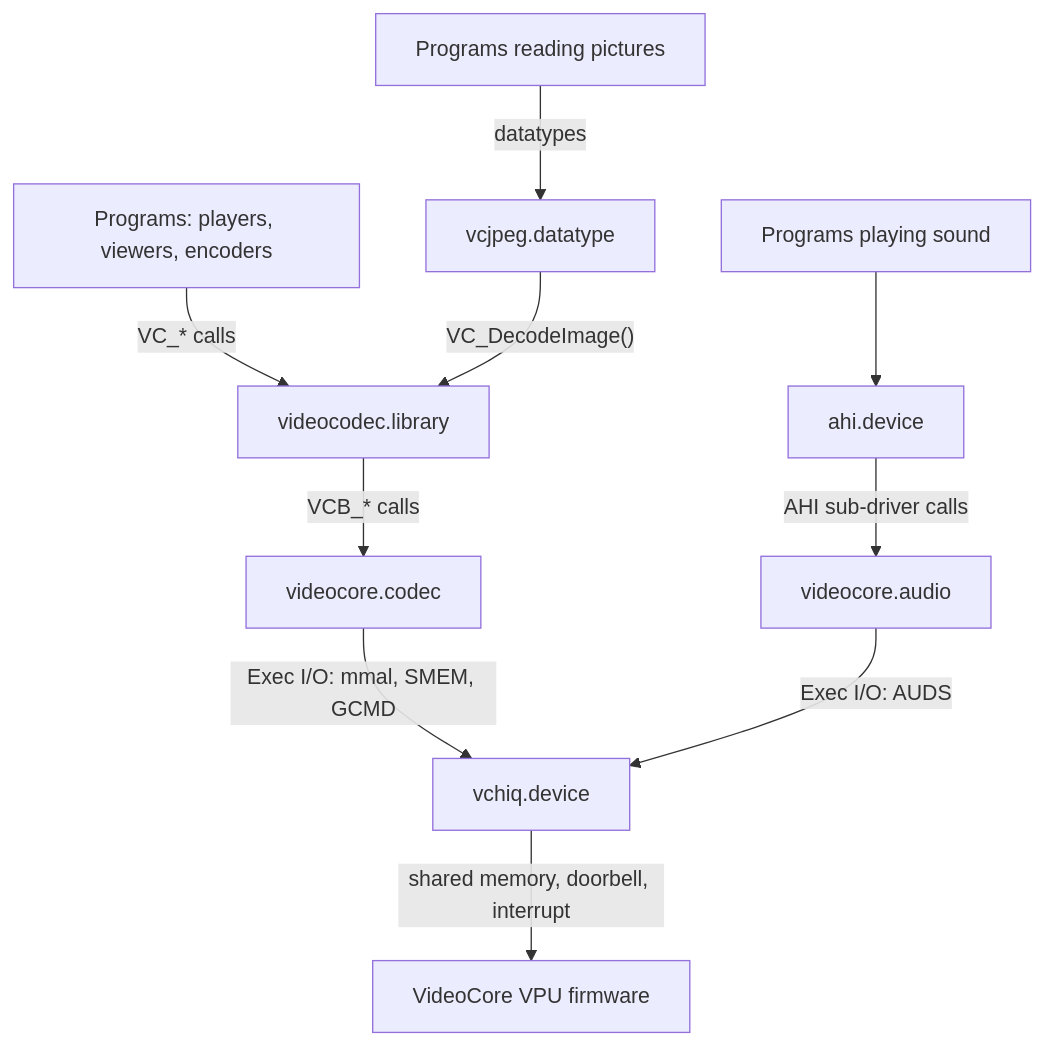
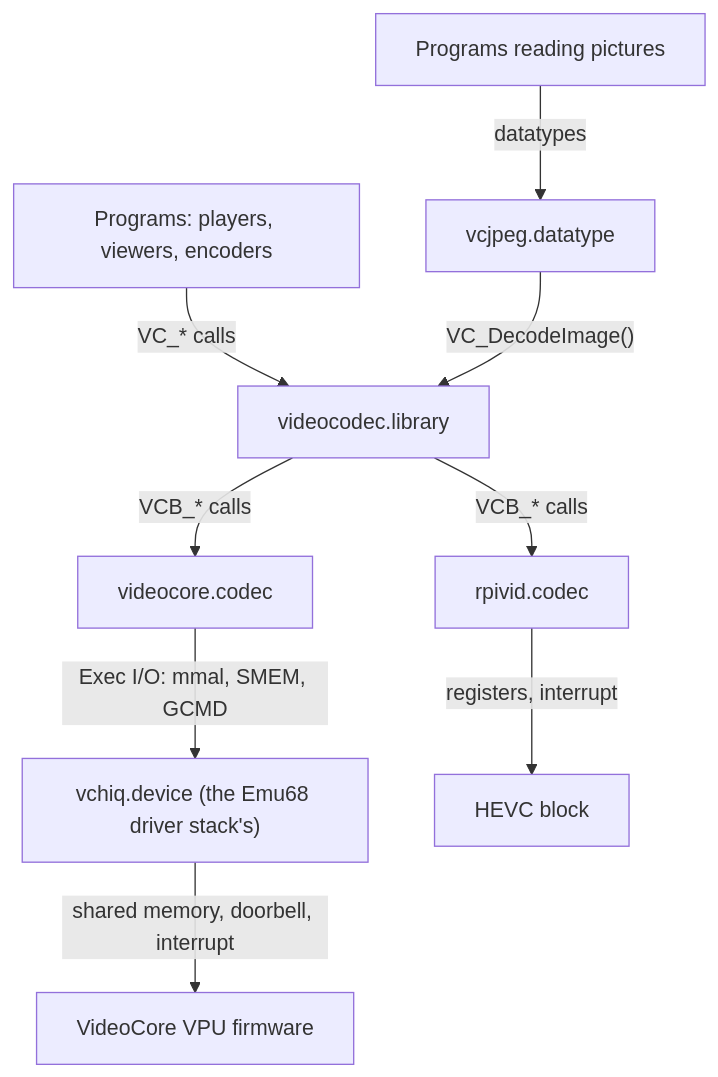
One commit to rondoval/videocodec-library changed the first of 8 diagrams in docs/architecture.md. Above: the diagram before and after it, drawn with Mermaid. The commit also changed other lines of this file and 61 other files, not shown here.

````diff
--- a/docs/architecture.md
+++ b/docs/architecture.md
@@ -14,23 +14,21 @@
 ```mermaid
 flowchart TD
     prog["Programs: players, viewers, encoders"]
     pic["Programs reading pictures"]
-    snd["Programs playing sound"]
     dt["vcjpeg.datatype"]
-    ahi["ahi.device"]
     lib["videocodec.library"]
     codec["videocore.codec"]
-    audio["videocore.audio"]
-    dev["vchiq.device"]
+    rpivid["rpivid.codec"]
+    dev["vchiq.device (the Emu68 driver stack's)"]
     vpu["VideoCore VPU firmware"]
+    hevc["HEVC block"]
 
     prog -->|"VC_* calls"| lib
     pic -->|"datatypes"| dt
     dt -->|"VC_DecodeImage()"| lib
-    snd --> ahi
-    ahi -->|"AHI sub-driver calls"| audio
     lib -->|"VCB_* calls"| codec
+    lib -->|"VCB_* calls"| rpivid
     codec -->|"Exec I/O: mmal, SMEM, GCMD"| dev
-    audio -->|"Exec I/O: AUDS"| dev
     dev -->|"shared memory, doorbell, interrupt"| vpu
+    rpivid -->|"registers, interrupt"| hevc
 ```
````
